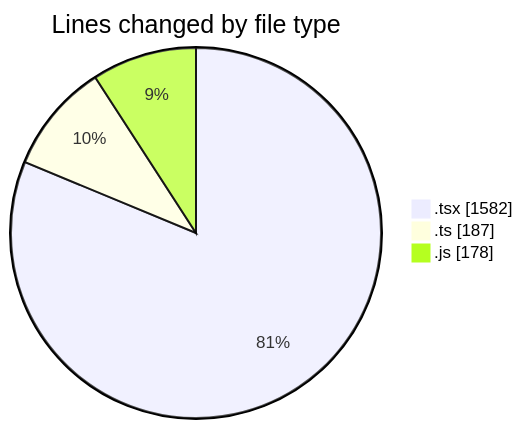
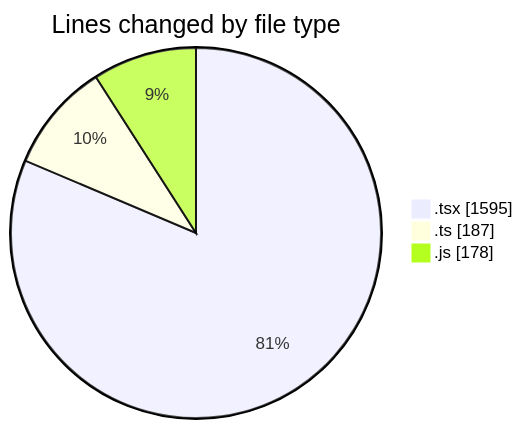
One commit to robertbonfada/code-tracking changed the first of 2 diagrams in 2025-02-03/mbc-web/README.md. Above: the diagram before and after it, drawn with Mermaid. The commit also changed other lines of this file and 1 other file, not shown here.

````diff
--- a/2025-02-03/mbc-web/README.md
+++ b/2025-02-03/mbc-web/README.md
@@ -28,7 +28,7 @@
 ```mermaid
 pie showData
 title Lines changed by file type
-".tsx" : 1582
+".tsx" : 1595
 ".ts" : 187
 ".js" : 178
 ```
````
